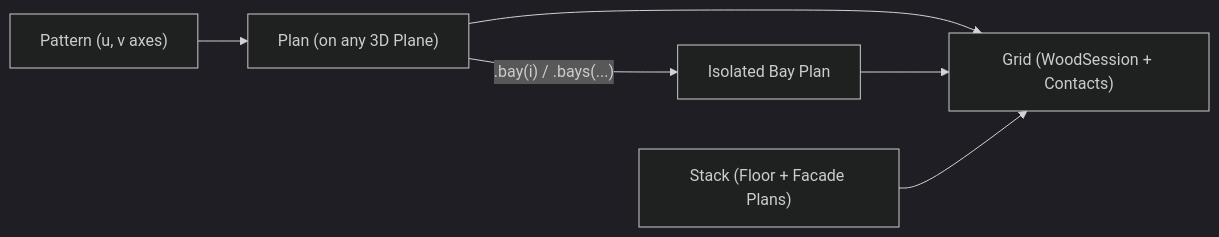
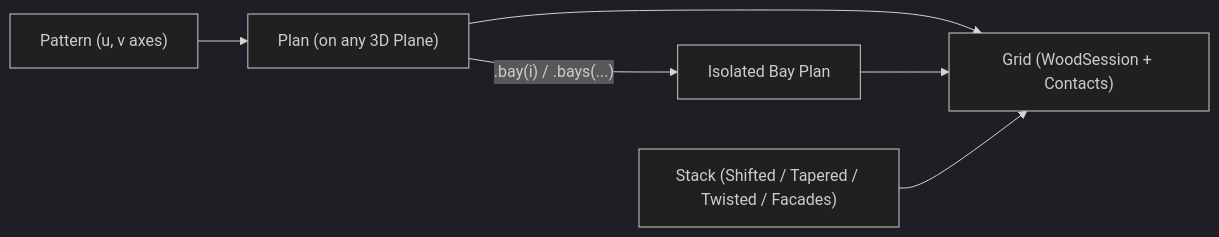
The diagram in docs/templates/grid.md (petrasvestartas/wood), drawn with Mermaid (dark theme) before and after one commit. The commit also changed other lines of this file and 37 other files, not shown here.

Commit message:
Upgrade grid template: oblique/hex beam miters, in-line heads, Stammhaus facade & shifted/tapered/twisted stacks

````diff
--- a/docs/templates/grid.md
+++ b/docs/templates/grid.md
@@ -30,8 +34,8 @@
 ```mermaid
 flowchart LR
   Pat["Pattern (u, v axes)"] --> Plan["Plan (on any 3D Plane)"]
   Plan -->|".bay(i) / .bays(...)"| Bay["Isolated Bay Plan"]
   Plan --> Grid["Grid (WoodSession + Contacts)"]
   Bay --> Grid
-  Stack["Stack (Floor + Facade Plans)"] --> Grid
+  Stack["Stack (Shifted / Tapered / Twisted / Facades)"] --> Grid
 ```
````
